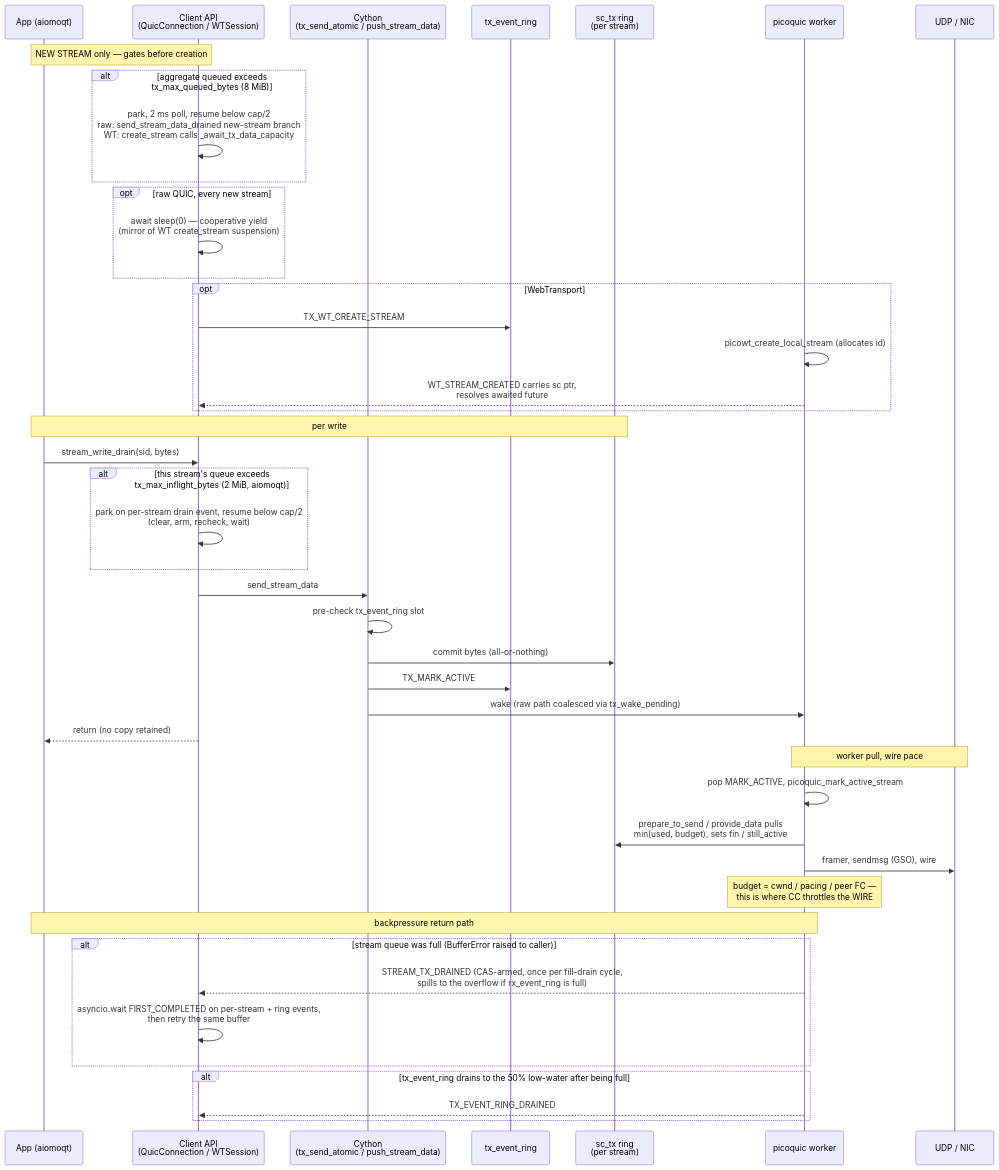
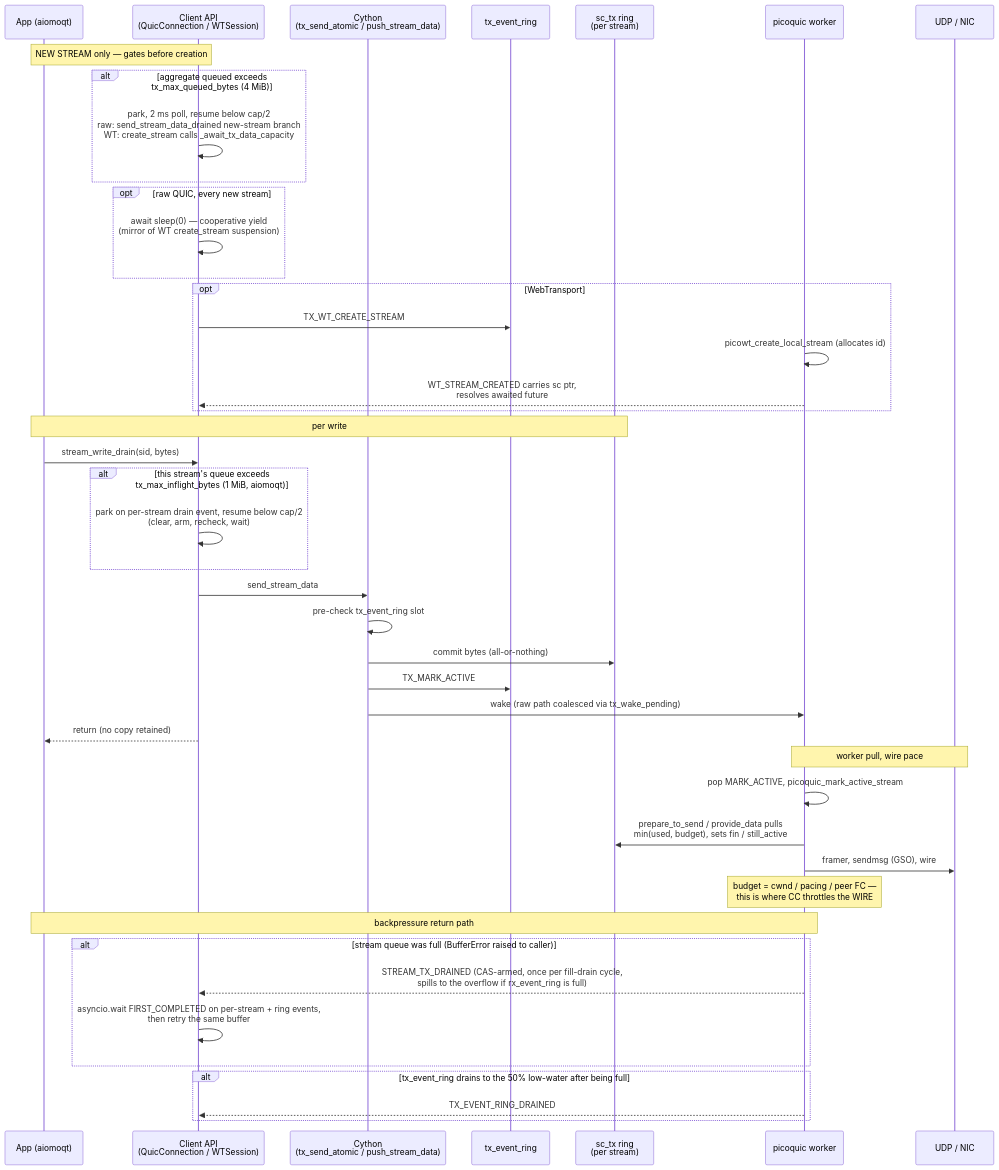
One commit to gmarzot/aiopquic changed the first of 2 diagrams in DATAFLOW.md. Above: the diagram before and after it, drawn with Mermaid. The commit also changed 36 other files, not shown here.

Commit message:
0.5.0rc1: lost wakes, ResetRetain, per-stream flow control, WT error codes and protocol negotiation

````diff
--- a/DATAFLOW.md
+++ b/DATAFLOW.md
@@ -43,50 +43,50 @@
 ```mermaid
 sequenceDiagram
     participant App as App (aiomoqt)
     participant API as Client API<br/>(QuicConnection / WTSession)
     participant CY as Cython<br/>(tx_send_atomic / push_stream_data)
     participant TXR as tx_event_ring
     participant SCTX as sc_tx ring<br/>(per stream)
     participant WK as picoquic worker
     participant NIC as UDP / NIC
 
     Note over App,API: NEW STREAM only — gates before creation
-    alt aggregate queued exceeds tx_max_queued_bytes (8 MiB)
+    alt aggregate queued exceeds tx_max_queued_bytes (4 MiB)
         API->>API: park, 2 ms poll, resume below cap/2<br/>raw: send_stream_data_drained new-stream branch<br/>WT: create_stream calls _await_tx_data_capacity
     end
     opt raw QUIC, every new stream
         API->>API: await sleep(0) — cooperative yield<br/>(mirror of WT create_stream suspension)
     end
     opt WebTransport
         API->>TXR: TX_WT_CREATE_STREAM
         WK->>WK: picowt_create_local_stream (allocates id)
         WK-->>API: WT_STREAM_CREATED carries sc ptr,<br/>resolves awaited future
     end
 
     Note over App,SCTX: per write
     App->>API: stream_write_drain(sid, bytes)
-    alt this stream's queue exceeds tx_max_inflight_bytes (2 MiB, aiomoqt)
+    alt this stream's queue exceeds tx_max_inflight_bytes (1 MiB, aiomoqt)
         API->>API: park on per-stream drain event, resume below cap/2<br/>(clear, arm, recheck, wait)
     end
     API->>CY: send_stream_data
     CY->>CY: pre-check tx_event_ring slot
     CY->>SCTX: commit bytes (all-or-nothing)
     CY->>TXR: TX_MARK_ACTIVE
     CY->>WK: wake (raw path coalesced via tx_wake_pending)
     API-->>App: return (no copy retained)
 
     Note over WK,NIC: worker pull, wire pace
     WK->>WK: pop MARK_ACTIVE, picoquic_mark_active_stream
     WK->>SCTX: prepare_to_send / provide_data pulls<br/>min(used, budget), sets fin / still_active
     WK->>NIC: framer, sendmsg (GSO), wire
     Note over WK: budget = cwnd / pacing / peer FC —<br/>this is where CC throttles the WIRE
 
     Note over WK,App: backpressure return path
     alt stream queue was full (BufferError raised to caller)
         WK-->>API: STREAM_TX_DRAINED (CAS-armed, once per fill-drain cycle,<br/>spills to the overflow if rx_event_ring is full)
         API->>API: asyncio.wait FIRST_COMPLETED on per-stream + ring events,<br/>then retry the same buffer
     end
     alt tx_event_ring drains to the 50% low-water after being full
         WK-->>API: TX_EVENT_RING_DRAINED
     end
 ```
````
